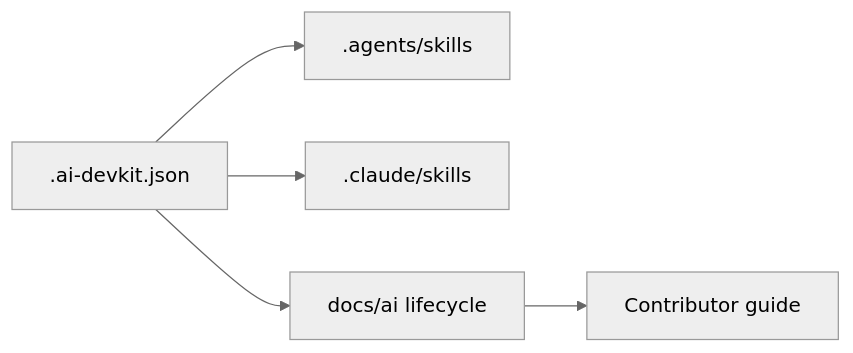
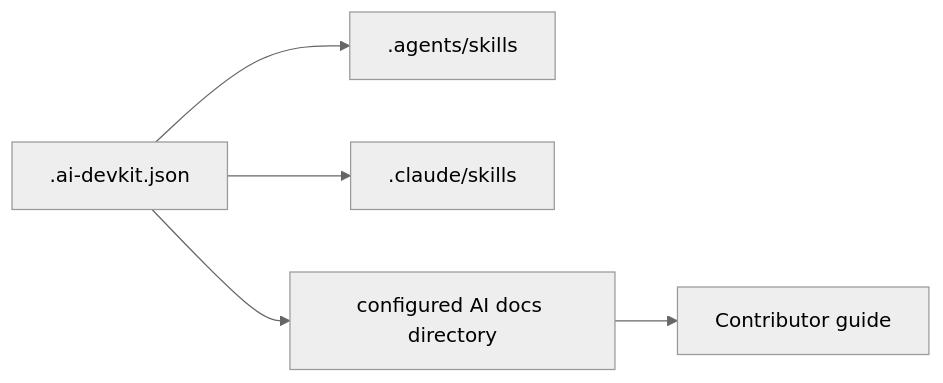
The diagram in docs/ai/design/2026-10-17-feature-ai-devkit-setup.md (hamedonassar95/Devobs), drawn with Mermaid (neutral theme) before and after one commit. The commit also changed other lines of this file and 22 other files, not shown here.

````diff
--- a/docs/ai/design/2026-10-17-feature-ai-devkit-setup.md
+++ b/docs/ai/design/2026-10-17-feature-ai-devkit-setup.md
@@ -13,7 +13,7 @@
 ```mermaid
 flowchart LR
   Config[.ai-devkit.json] --> Codex[.agents/skills]
   Config --> Claude[.claude/skills]
-  Config --> Docs[docs/ai lifecycle]
+  Config --> Docs[configured AI docs directory]
   Docs --> Guide[Contributor guide]
 ```
````
